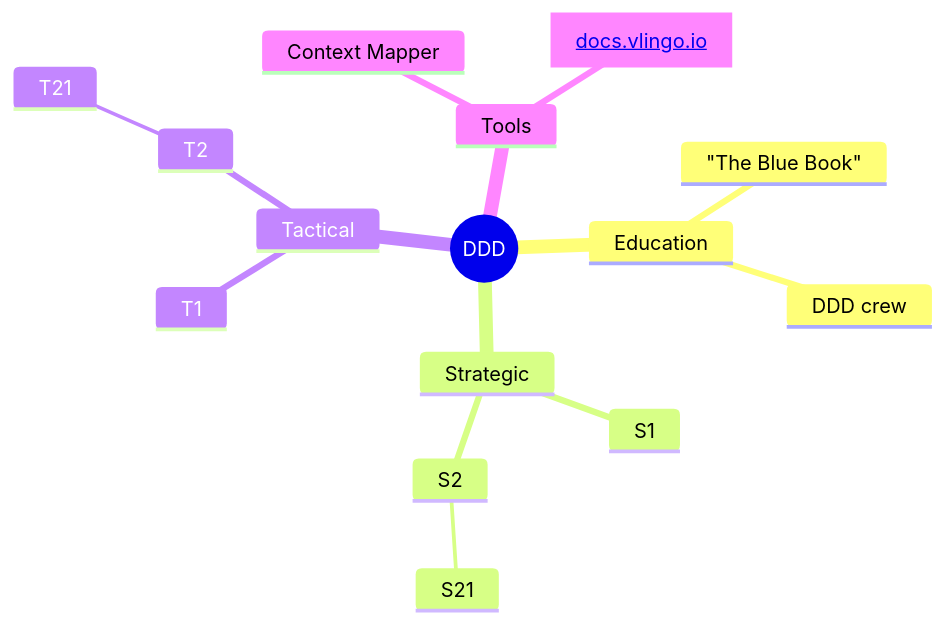
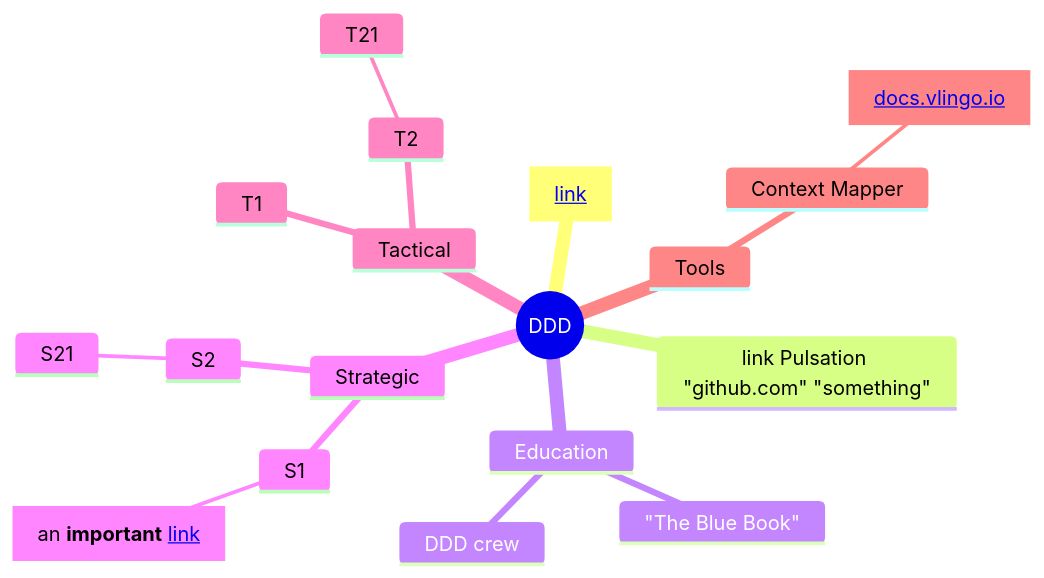
The first of 2 diagrams in README.md (saojug/DDD), drawn with Mermaid before and after one commit.

````diff
--- a/README.md
+++ b/README.md
@@ -3,18 +3,21 @@
 ```mermaid
 mindmap
   root((DDD))
+    Test[<a href='http://google.com'>link</a>]
+    link Pulsation "github.com" "something"
     Education
       "The Blue Book"
       DDD crew
     Strategic
       S1
+        B[an <b>important</b> <a href='http://google.com'>link</a>]
       S2
         S21
     Tactical
       T1
       T2
         T21
     Tools
       Context Mapper
-      vlingo[<a href='https://docs.vlingo.io'>docs.vlingo.io</a>]
+        vlingo[<a href='https://docs.vlingo.io'>docs.vlingo.io</a>]
 ```
````
